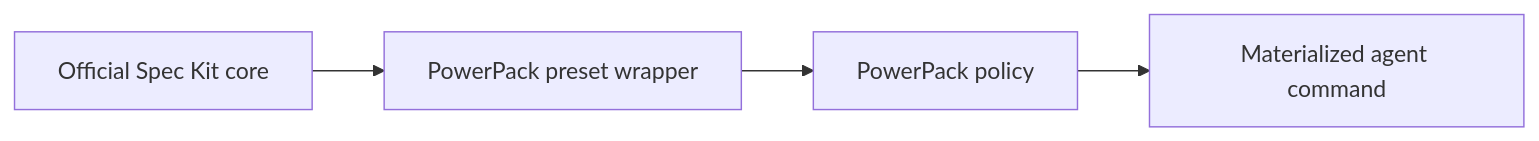
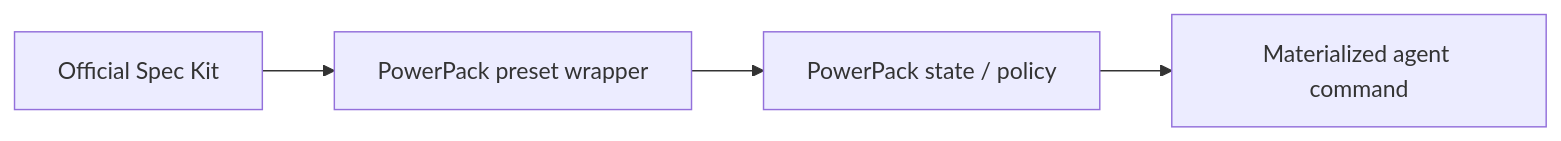
Before and after one commit to ds1david/speckit-powerpack: the second of 9 diagrams in README.md, drawn with Mermaid. The commit also changed other lines of this file, not shown here.

Commit message:
docs: update README for deep review, full-cycle, debt and customization architecture

````diff
--- a/README.md
+++ b/README.md
@@ -52,6 +70,6 @@
 ```mermaid
 flowchart LR
-    CORE[Official Spec Kit core] --> WRAP[PowerPack preset wrapper]
-    WRAP --> POLICY[PowerPack policy]
+    CORE[Official Spec Kit] --> WRAP[PowerPack preset wrapper]
+    WRAP --> POLICY[PowerPack state / policy]
     POLICY --> OUT[Materialized agent command]
 ```
````
